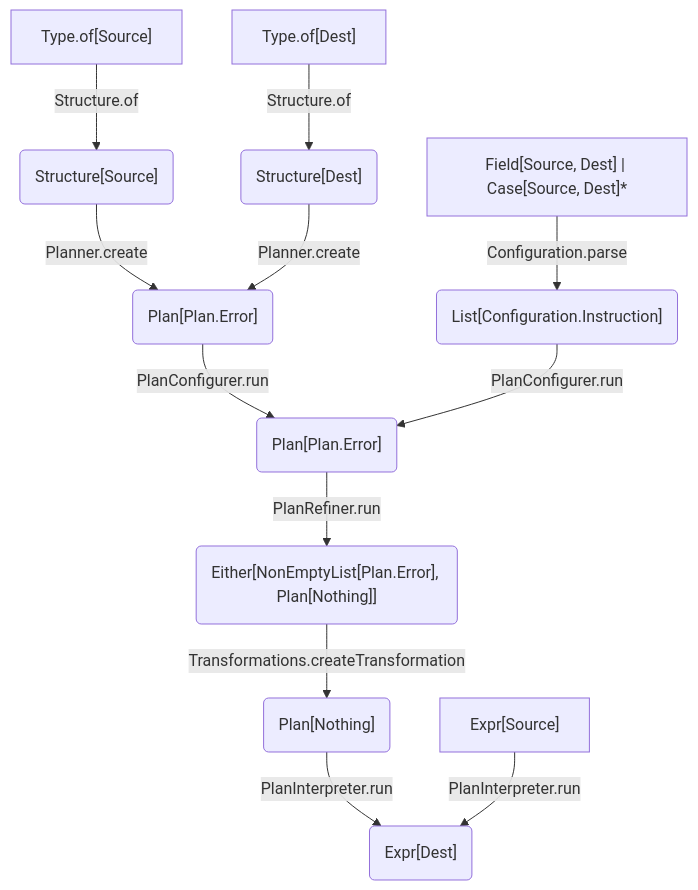
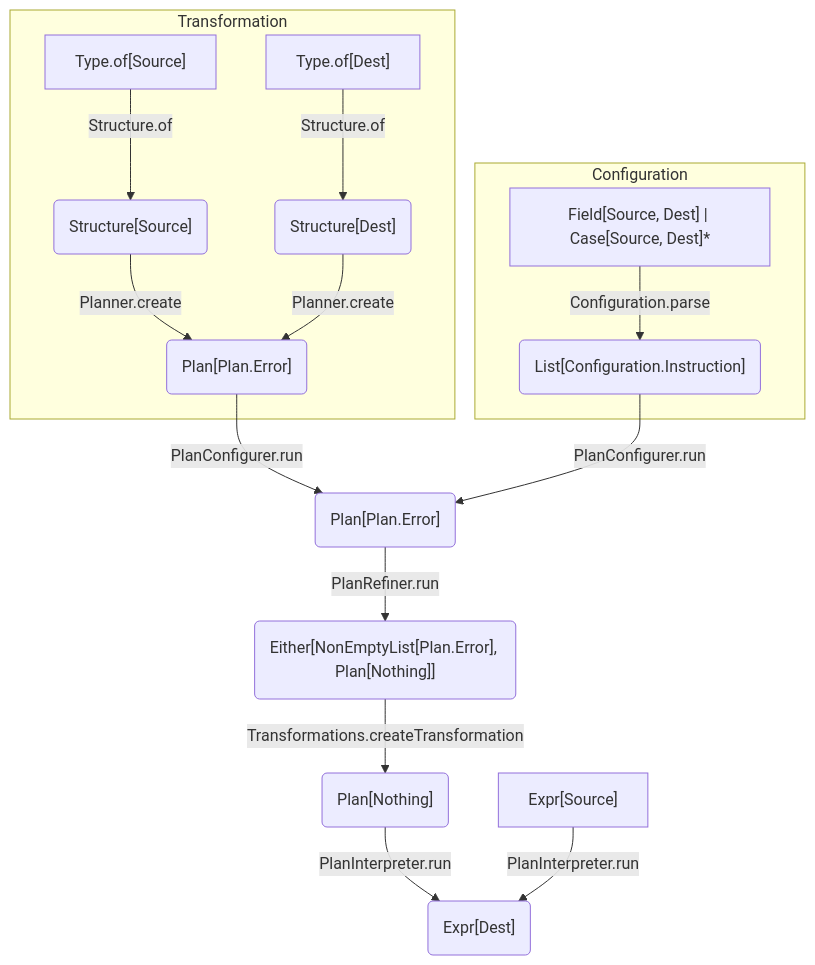
The first of 2 diagrams in docs/blogpost.md (arainko/ducktape), drawn with Mermaid before and after one commit. The commit also changed other lines of this file, not shown here.

```diff
--- a/docs/blogpost.md
+++ b/docs/blogpost.md
@@ -120,15 +120,26 @@
 <pre class="mermaid">
   flowchart TD
     Input1["Type.of[Source]"] -->|Structure.of| SourceStruct("Structure[Source]") 
     Input2["Type.of[Dest]"] -->|Structure.of| DestStruct("Structure[Dest]")
     InputExpr["Expr[Source]"]
     SourceStruct -->|Planner.create| InitialPlan("Plan[Plan.Error]")
     DestStruct -->|Planner.create| InitialPlan
     InputConfig["Field[Source, Dest] | Case[Source, Dest]*"] -->|Configuration.parse| Instructions("List[Configuration.Instruction]")
     InitialPlan -->|PlanConfigurer.run| ConfiguredPlan("Plan[Plan.Error]")
     Instructions -->|PlanConfigurer.run| ConfiguredPlan
     ConfiguredPlan -->|PlanRefiner.run| RefinedPlan("Either[NonEmptyList[Plan.Error], Plan[Nothing]]")
     RefinedPlan -->|Transformations.createTransformation| NonErroneousPlan("Plan[Nothing]")
     NonErroneousPlan -->|PlanInterpreter.run| ExpressionOfDest("Expr[Dest]")
     InputExpr -->|PlanInterpreter.run| ExpressionOfDest
+  subgraph Transformation
+    Input1
+    Input2
+    SourceStruct
+    DestStruct
+    InitialPlan
+  end
+  subgraph Configuration
+    InputConfig
+    Instructions
+  end
 </pre>
```
